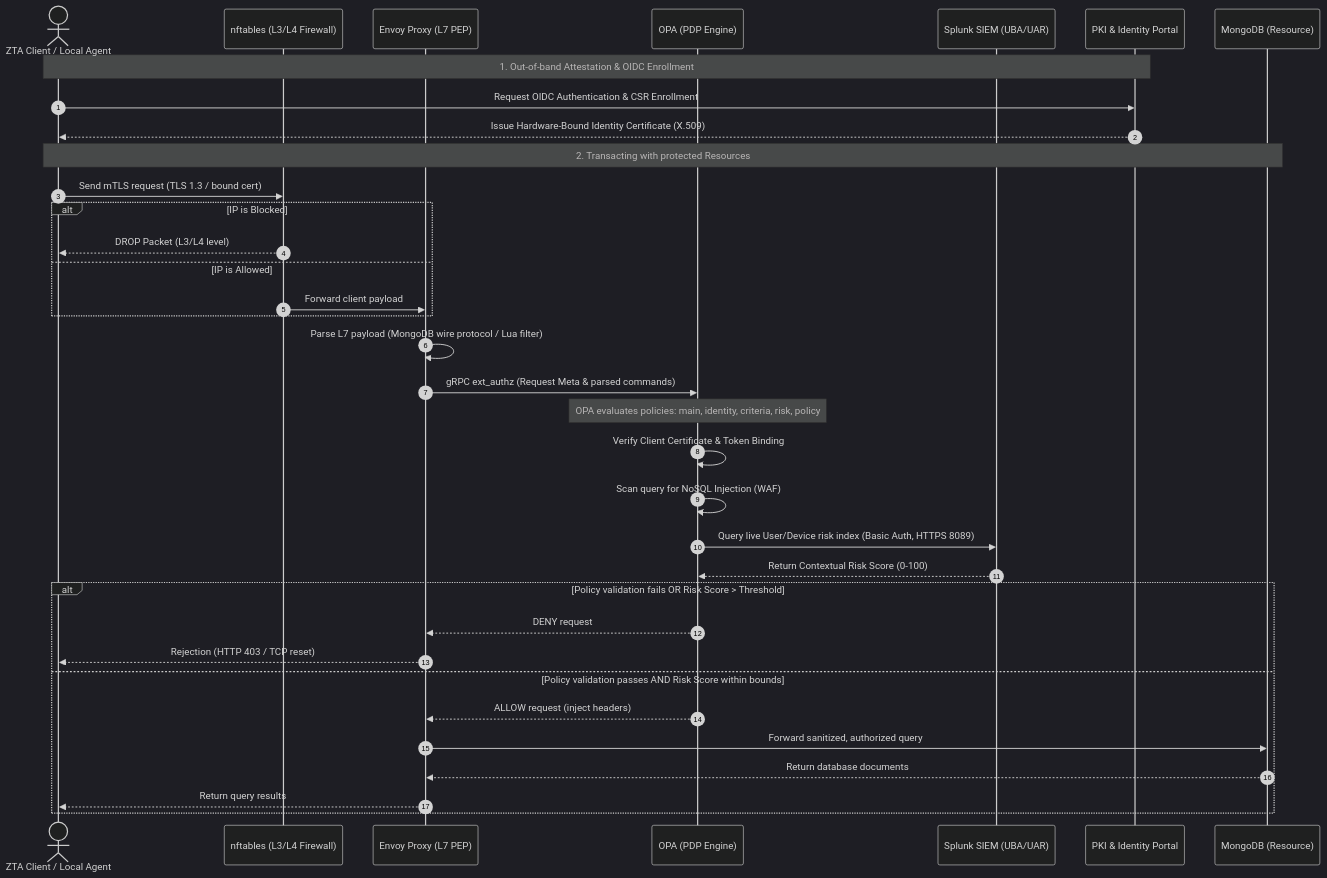
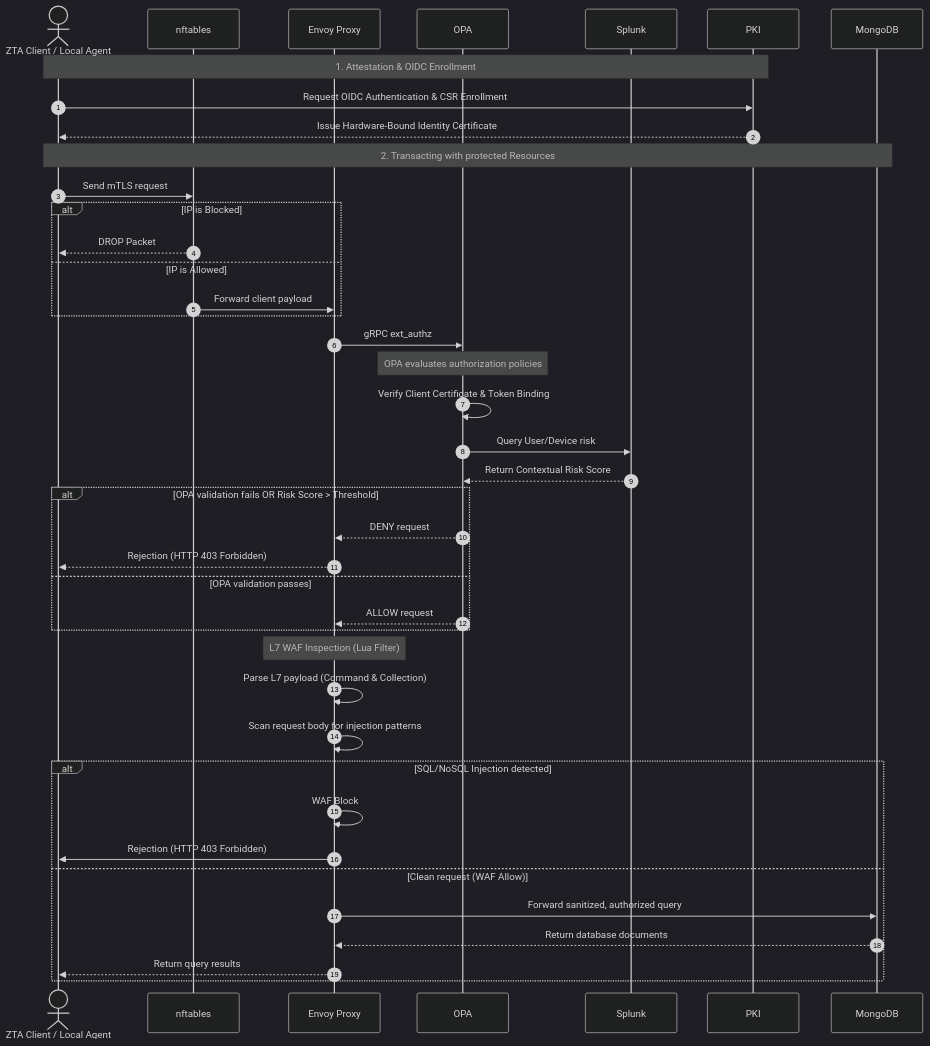
The diagram in README.md (BLMando/AdvancedCybersecurity), drawn with Mermaid (dark theme) before and after one commit. The commit also changed other lines of this file, not shown here.

````diff
--- a/README.md
+++ b/README.md
@@ -33,46 +33,55 @@
 ```mermaid
 sequenceDiagram
     autonumber
     actor Client as ZTA Client / Local Agent
-    participant FW as nftables (L3/L4 Firewall)
-    participant Envoy as Envoy Proxy (L7 PEP)
-    participant OPA as OPA (PDP Engine)
-    participant Splunk as Splunk SIEM (UBA/UAR)
-    participant PKI as PKI & Identity Portal
-    participant Mongo as MongoDB (Resource)
+    participant FW as nftables
+    participant Envoy as Envoy Proxy
+    participant OPA
+    participant Splunk
+    participant PKI
+    participant Mongo as MongoDB
 
     %% 1. Enrollment & Authentication
-    Note over Client, PKI: 1. Out-of-band Attestation & OIDC Enrollment
+    Note over Client, PKI: 1. Attestation & OIDC Enrollment
     Client->>PKI: Request OIDC Authentication & CSR Enrollment
-    PKI-->>Client: Issue Hardware-Bound Identity Certificate (X.509)
+    PKI-->>Client: Issue Hardware-Bound Identity Certificate
 
     %% 2. Data Request
     Note over Client, Mongo: 2. Transacting with protected Resources
-    Client->>FW: Send mTLS request (TLS 1.3 / bound cert)
+    Client->>FW: Send mTLS request
     alt IP is Blocked
-        FW-->>Client: DROP Packet (L3/L4 level)
+        FW-->>Client: DROP Packet
     else IP is Allowed
         FW->>Envoy: Forward client payload
     end
 
-    %% L7 Inspection & Decision Loop
-    Envoy->>Envoy: Parse L7 payload (MongoDB wire protocol / Lua filter)
-    Envoy->>OPA: gRPC ext_authz (Request Meta & parsed commands)
+    %% Envoy PDP Evaluation
+    Envoy->>OPA: gRPC ext_authz
 
     %% OPA Policy Checking
-    Note over OPA: OPA evaluates policies: main, identity, criteria, risk, policy
+    Note over OPA: OPA evaluates authorization policies
     OPA->>OPA: Verify Client Certificate & Token Binding
-    OPA->>OPA: Scan query for NoSQL Injection (WAF)
-    OPA->>Splunk: Query live User/Device risk index (Basic Auth, HTTPS 8089)
-    Splunk-->>OPA: Return Contextual Risk Score (0-100)
+    OPA->>Splunk: Query User/Device risk 
+    Splunk-->>OPA: Return Contextual Risk Score
 
-    alt Policy validation fails OR Risk Score > Threshold
+    alt OPA validation fails OR Risk Score > Threshold
         OPA-->>Envoy: DENY request
-        Envoy-->>Client: Rejection (HTTP 403 / TCP reset)
-    else Policy validation passes AND Risk Score within bounds
-        OPA-->>Envoy: ALLOW request (inject headers)
+        Envoy-->>Client: Rejection (HTTP 403 Forbidden)
+    else OPA validation passes
+        OPA-->>Envoy: ALLOW request
+    end
+
+    %% Envoy L7 WAF Inspection (Lua Filter)
+    Note over Envoy: L7 WAF Inspection (Lua Filter)
+    Envoy->>Envoy: Parse L7 payload (Command & Collection)
+    Envoy->>Envoy: Scan request body for injection patterns
+
+    alt SQL/NoSQL Injection detected
+        Envoy->>Envoy: WAF Block
+        Envoy->>Client: Rejection (HTTP 403 Forbidden)
+    else Clean request (WAF Allow)
         Envoy->>Mongo: Forward sanitized, authorized query
         Mongo-->>Envoy: Return database documents
         Envoy-->>Client: Return query results
     end
 ```
````
